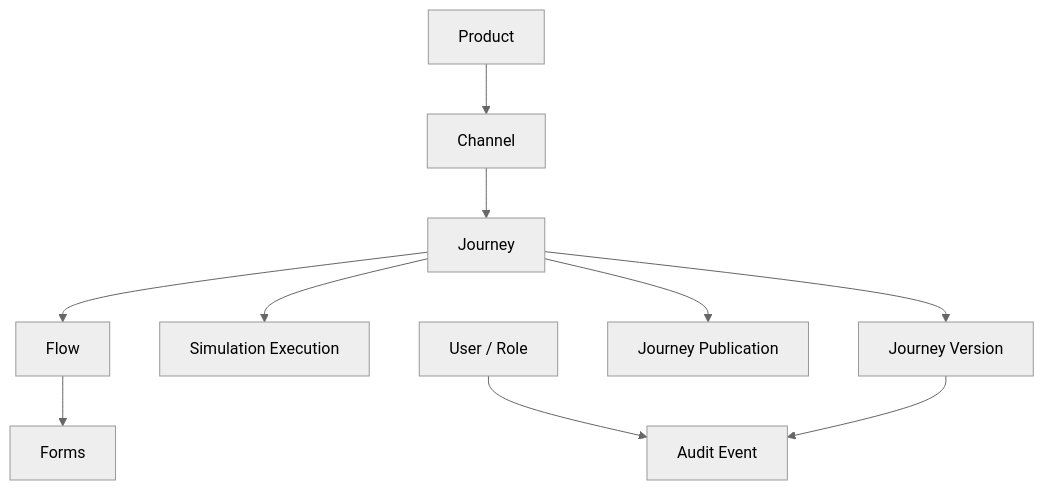
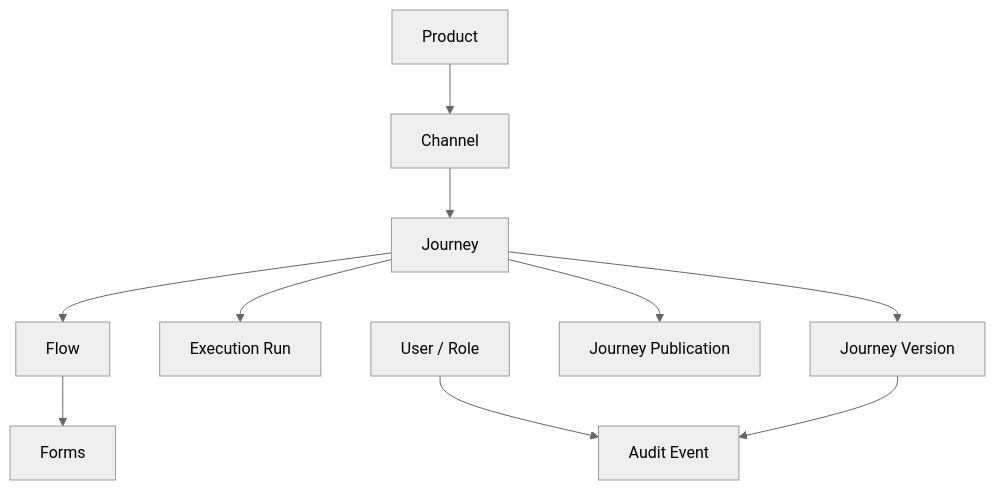
Before and after one commit to hermesnet-git/journey-admin: the first of 4 diagrams in requisitos/admin/ej-admin-modelo-dados-conceitual.md, drawn with Mermaid (neutral theme). The commit also changed other lines of this file and 70 other files, not shown here.

````diff
--- a/requisitos/admin/ej-admin-modelo-dados-conceitual.md
+++ b/requisitos/admin/ej-admin-modelo-dados-conceitual.md
@@ -53,23 +53,23 @@
 ```mermaid
 flowchart TD
     PRODUCT[Product]
     CHANNEL[Channel]
     JOURNEY[Journey]
     FLOW[Flow]
     FORMS[Forms]
-    SIMULATION[Simulation Execution]
+    EXECUTION[Execution Run]
     VERSION[Journey Version]
     PUBLICATION[Journey Publication]
     USER[User / Role]
     AUDIT[Audit Event]
 
     PRODUCT --> CHANNEL
     CHANNEL --> JOURNEY
     JOURNEY --> FLOW
-    JOURNEY --> SIMULATION
+    JOURNEY --> EXECUTION
     JOURNEY --> VERSION
     JOURNEY --> PUBLICATION
     USER --> AUDIT
     VERSION --> AUDIT
     FLOW --> FORMS
 ```
````
